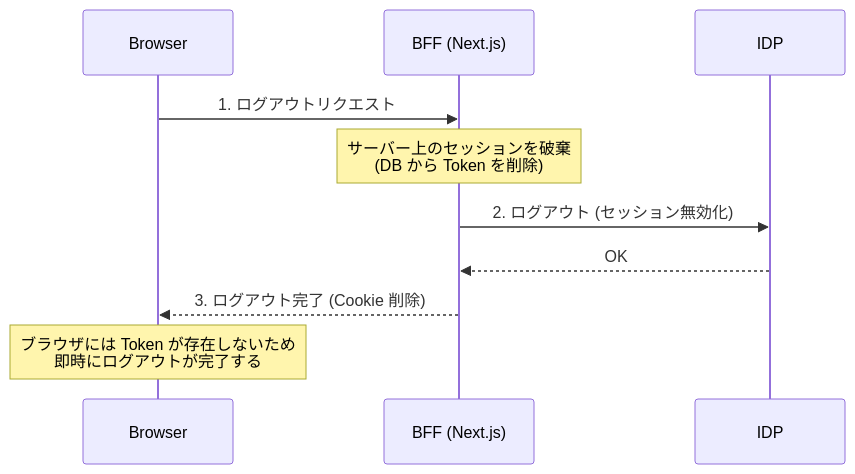
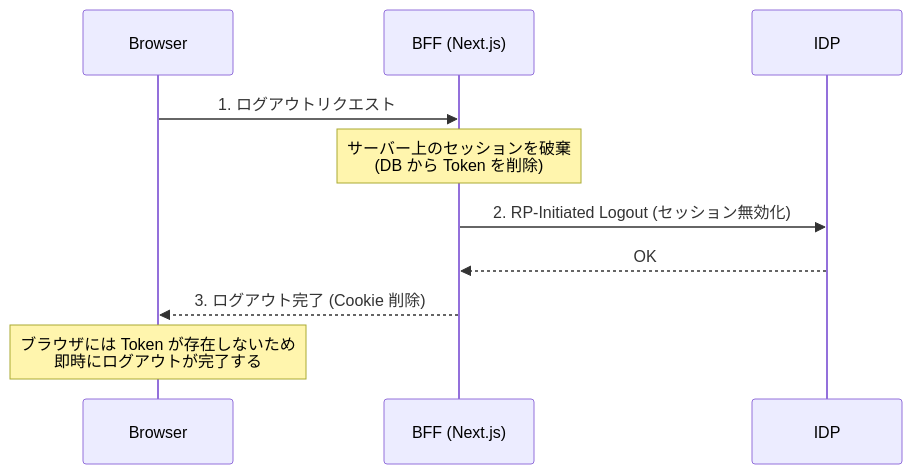
Before and after one commit to azarasi1226/momiji: the third of 4 diagrams in README.md, drawn with Mermaid.

````diff
--- a/README.md
+++ b/README.md
@@ -86,13 +86,13 @@
 ```mermaid
 sequenceDiagram
     participant B as Browser
     participant BFF as BFF (Next.js)
     participant IDP as IDP
 
     B->>BFF: 1. ログアウトリクエスト
     Note over BFF: サーバー上のセッションを破棄<br/>(DB から Token を削除)
-    BFF->>IDP: 2. ログアウト (セッション無効化)
+    BFF->>IDP: 2. RP-Initiated Logout (セッション無効化)
     IDP-->>BFF: OK
     BFF-->>B: 3. ログアウト完了 (Cookie 削除)
     Note over B: ブラウザには Token が存在しないため<br/>即時にログアウトが完了する
 ```
````
